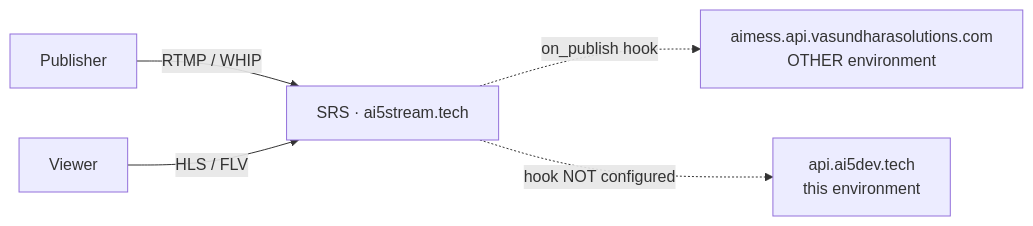
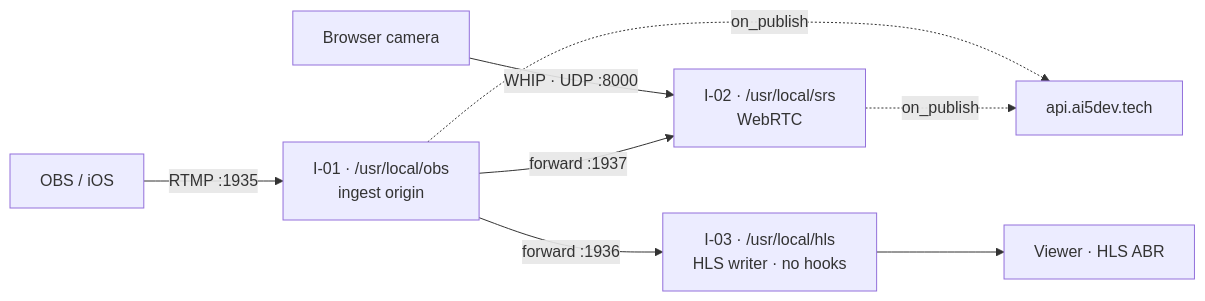
Before and after one commit to Rajesh-Sharma-18/aimess_backend: the fifth of 6 diagrams in deploy/ARCHITECTURE.md, drawn with Mermaid. The commit also changed other lines of this file and 2 other files, not shown here.

First line of the commit message:
docs(deploy): correct the SRS topology - three installs, two with hooks

````diff
--- a/deploy/ARCHITECTURE.md
+++ b/deploy/ARCHITECTURE.md
@@ -239,7 +240,10 @@
 ```mermaid
 flowchart LR
-    P["Publisher"] -->|RTMP / WHIP| SRS["SRS · ai5stream.tech"]
-    SRS -.->|"on_publish hook"| OLD["aimess.api.vasundharasolutions.com<br/>OTHER environment"]
-    SRS -.->|"hook NOT configured"| NEW["api.ai5dev.tech<br/>this environment"]
-    V["Viewer"] -->|HLS / FLV| SRS
+    OBS["OBS / iOS"] -->|"RTMP :1935"| I1["I-01 · /usr/local/obs<br/>ingest origin"]
+    CAM["Browser camera"] -->|"WHIP · UDP :8000"| I2["I-02 · /usr/local/srs<br/>WebRTC"]
+    I1 -->|forward :1937| I2
+    I1 -->|forward :1936| I3["I-03 · /usr/local/hls<br/>HLS writer · no hooks"]
+    I1 -.->|on_publish| GW["api.ai5dev.tech"]
+    I2 -.->|on_publish| GW
+    I3 --> V["Viewer · HLS ABR"]
 ```
````
